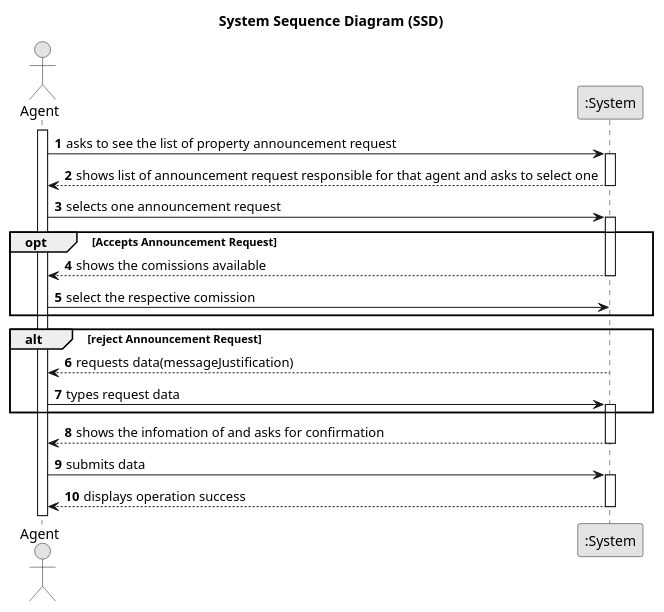
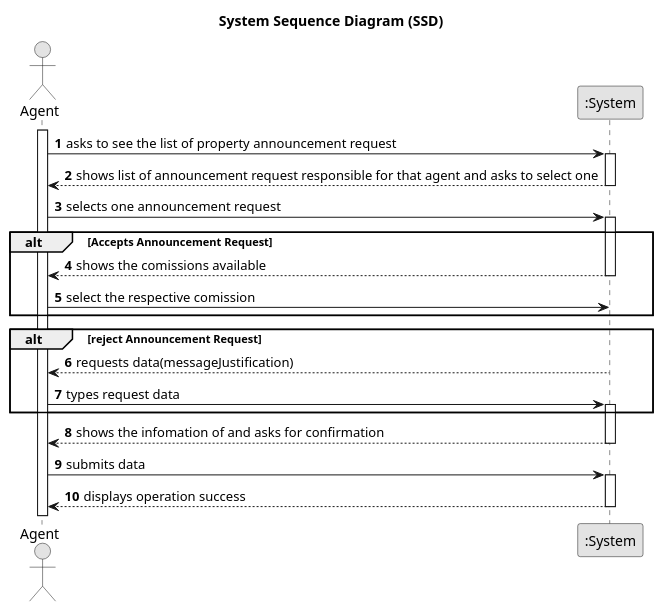
One commit to PureNimble/ISEP-LAPR2 changed the diagram in docs/sprintC/US08/01.requirements-engineering/puml/us08-system-sequence-diagram.puml. Above: the diagram before and after it, drawn with PlantUML. The commit also changed 4 other files, not shown here.

First line of the commit message:
US08-Updating the sequence diagram full and the system sequence diagram

```diff
--- a/docs/sprintC/US08/01.requirements-engineering/puml/us08-system-sequence-diagram.puml
+++ b/docs/sprintC/US08/01.requirements-engineering/puml/us08-system-sequence-diagram.puml
@@ -1,51 +1,51 @@
 @startuml
 skinparam monochrome true
 skinparam packageStyle rectangle
 skinparam shadowing false
 
 title System Sequence Diagram (SSD)
 
 autonumber
 
 actor "Agent" as Agent
 participant ":System" as System
 
 activate Agent
 
     Agent -> System : asks to see the list of property announcement request
     activate System
 
      System --> Agent : shows list of announcement request responsible for that agent and asks to select one
         deactivate System
 
             Agent -> System : selects one announcement request
             activate System
 
-opt Accepts Announcement Request
+alt Accepts Announcement Request
 System --> Agent:shows the comissions available
 deactivate System
 
 Agent -> System:select the respective comission
 deactivate System
 end
 alt reject Announcement Request
 System --> Agent:requests data(messageJustification)
 deactivate System
 
 Agent -> System:types request data
 activate System
 end
 
 System --> Agent: shows the infomation of and asks for confirmation
 deactivate System
 
 
  Agent -> System : submits data
     activate System
 
         System --> Agent : displays operation success
     deactivate System
 
 
 
 @enduml
```
